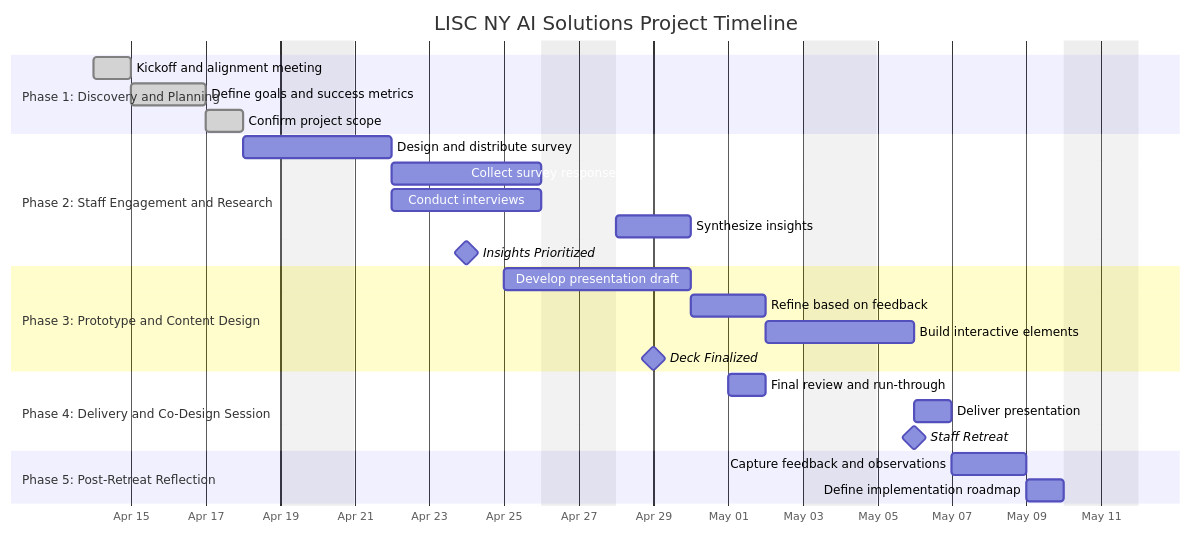
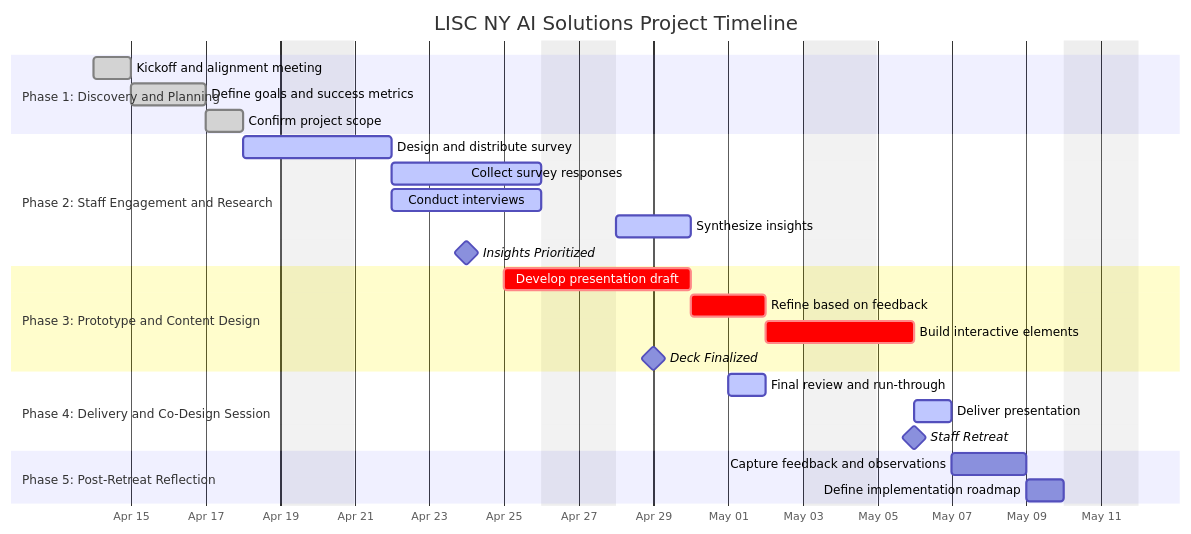
The diagram in docs/LISC_NY_AI_Project_Plan_HighLevel.md (jsaintfleur5/Nonprofit-AI-Platform-Analysis-), drawn with Mermaid before and after one commit.

````diff
--- a/docs/LISC_NY_AI_Project_Plan_HighLevel.md
+++ b/docs/LISC_NY_AI_Project_Plan_HighLevel.md
@@ -38,35 +37,36 @@
 ```mermaid
 gantt
     title LISC NY AI Solutions Project Timeline
     dateFormat  YYYY-MM-DD
     axisFormat  %b %d
     excludes    weekends
 
     section Phase 1: Discovery and Planning
     Kickoff and alignment meeting     :done, 2025-04-14, 1d
     Define goals and success metrics  :done, after a1, 2d
     Confirm project scope             :done, after a2, 1d
 
     section Phase 2: Staff Engagement and Research
-    Design and distribute survey      :a4, 2025-04-18, 2d
-    Collect survey responses          :a5, after a4, 4d
-    Conduct interviews                :a6, after a4, 4d
-    Synthesize insights               :a7, after a5, 2d
+    Design and distribute survey      :active, 2025-04-18, 2d
+    Collect survey responses          :active, after a4, 4d
+    Conduct interviews                :active, after a4, 4d
+    Synthesize insights               :active, after a5, 2d
     Insights Prioritized              :milestone, 2025-04-24, 0d
 
     section Phase 3: Prototype and Content Design
-    Develop presentation draft        :a8, 2025-04-25, 3d
-    Refine based on feedback          :a9, after a8, 2d
-    Build interactive elements        :a10, after a9, 2d
+    Develop presentation draft        :crit, 2025-04-25, 3d
+    Refine based on feedback          :crit, after a8, 2d
+    Build interactive elements        :crit, after a9, 2d
     Deck Finalized                    :milestone, 2025-04-29, 0d
 
     section Phase 4: Delivery and Co-Design Session
-    Final review and run-through      :a11, 2025-05-01, 1d
-    Deliver presentation              :a12, 2025-05-06, 1d
+    Final review and run-through      :active, 2025-05-01, 1d
+    Deliver presentation              :active, 2025-05-06, 1d
     Staff Retreat                     :milestone, 2025-05-06, 0d
 
     section Phase 5: Post-Retreat Reflection
-    Capture feedback and observations :a13, 2025-05-07, 2d
-    Define implementation roadmap     :a14, after a13, 1d
+    Capture feedback and observations :2025-05-07, 2d
+    Define implementation roadmap     :2025-05-09, 1d
+
 
 ```
````
